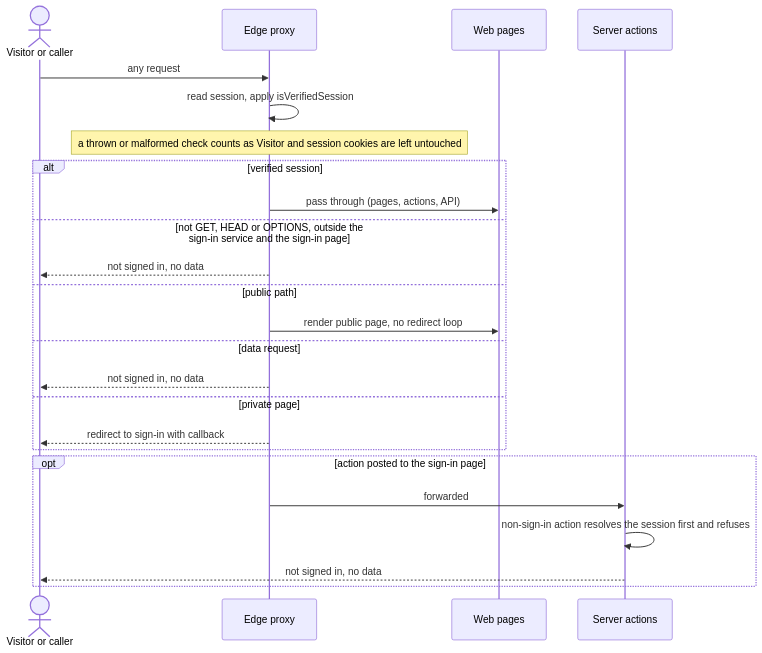
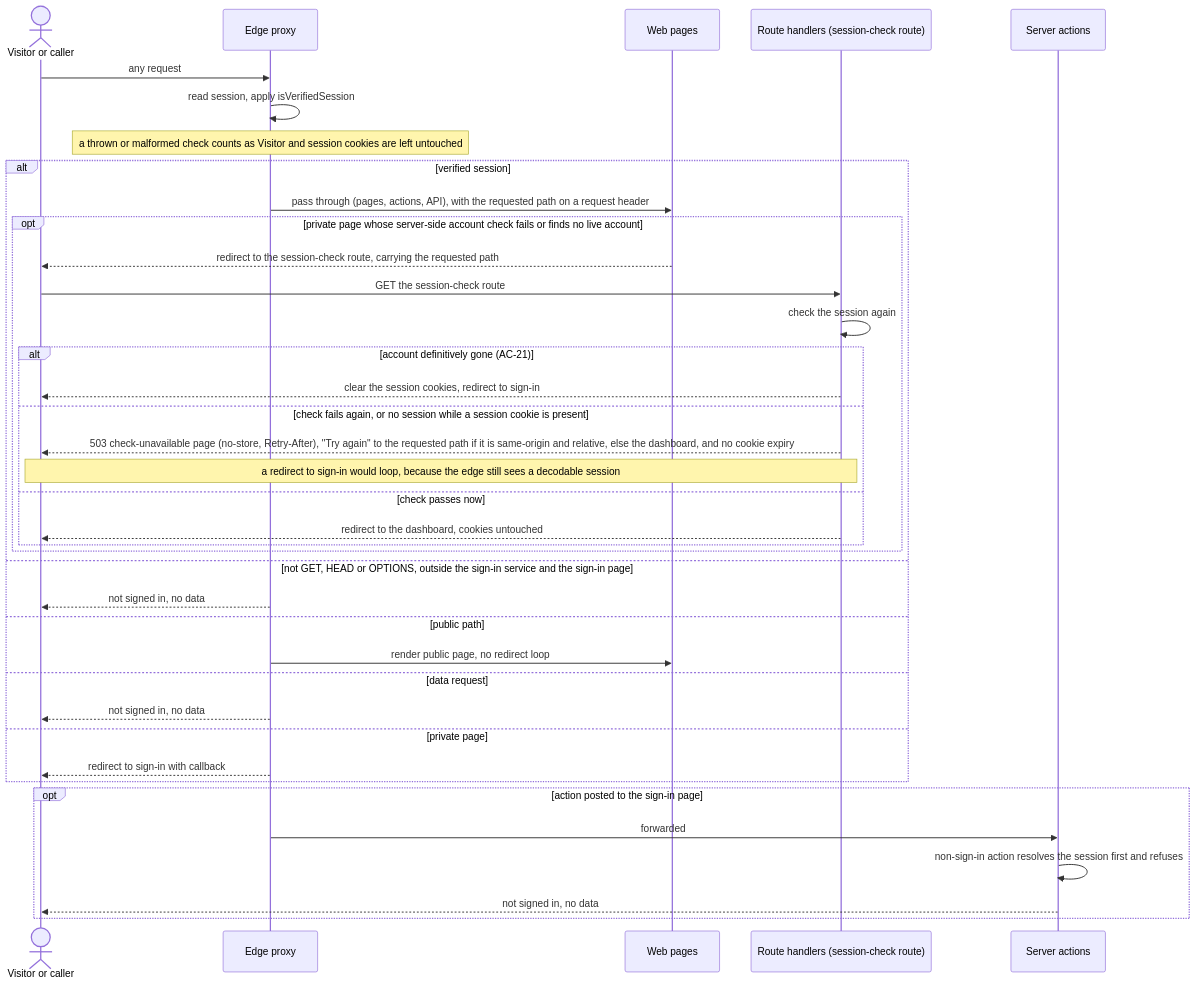
Before and after one commit to GopkoDev/invoiceForge: the fourth of 12 diagrams in docs/features/security-patch/sad.md, drawn with Mermaid. The commit also changed 12 other files, not shown here.

First line of the commit message:
fix(security-patch): serve a designed check-unavailable page from clear-session

````diff
--- a/docs/features/security-patch/sad.md
+++ b/docs/features/security-patch/sad.md
@@ -283,27 +283,41 @@
 ```mermaid
 sequenceDiagram
     actor C as Visitor or caller
     participant P as Edge proxy
     participant W as Web pages
+    participant H as Route handlers (session-check route)
     participant A as Server actions
 
     C->>P: any request
     P->>P: read session, apply isVerifiedSession
     Note over P: a thrown or malformed check counts as Visitor and session cookies are left untouched
     alt verified session
-        P->>W: pass through (pages, actions, API)
+        P->>W: pass through (pages, actions, API), with the requested path on a request header
+        opt private page whose server-side account check fails or finds no live account
+            W-->>C: redirect to the session-check route, carrying the requested path
+            C->>H: GET the session-check route
+            H->>H: check the session again
+            alt account definitively gone (AC-21)
+                H-->>C: clear the session cookies, redirect to sign-in
+            else check fails again, or no session while a session cookie is present
+                H-->>C: 503 check-unavailable page (no-store, Retry-After), "Try again" to the requested path if it is same-origin and relative, else the dashboard, and no cookie expiry
+                Note over H,C: a redirect to sign-in would loop, because the edge still sees a decodable session
+            else check passes now
+                H-->>C: redirect to the dashboard, cookies untouched
+            end
+        end
     else not GET, HEAD or OPTIONS, outside the sign-in service and the sign-in page
         P-->>C: not signed in, no data
     else public path
         P->>W: render public page, no redirect loop
     else data request
         P-->>C: not signed in, no data
     else private page
         P-->>C: redirect to sign-in with callback
     end
     opt action posted to the sign-in page
         P->>A: forwarded
         A->>A: non-sign-in action resolves the session first and refuses
         A-->>C: not signed in, no data
     end
 ```
````
